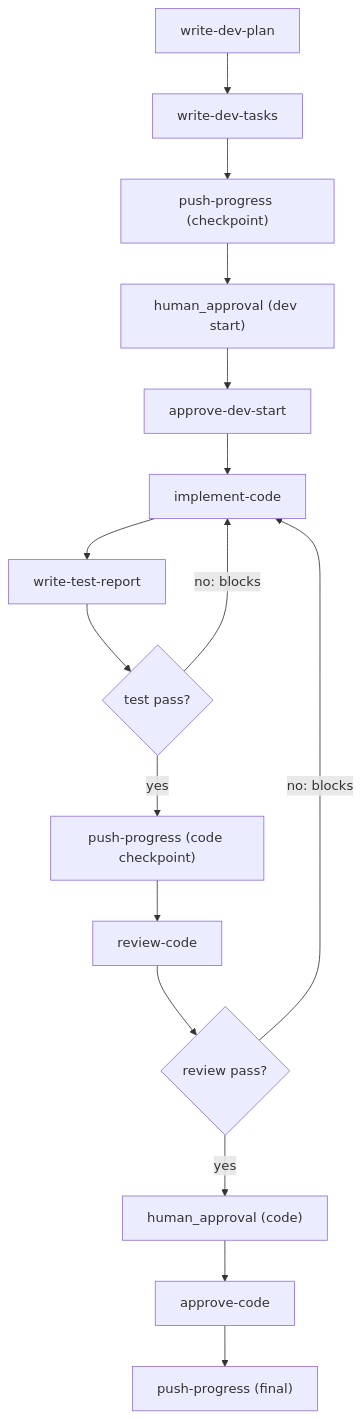
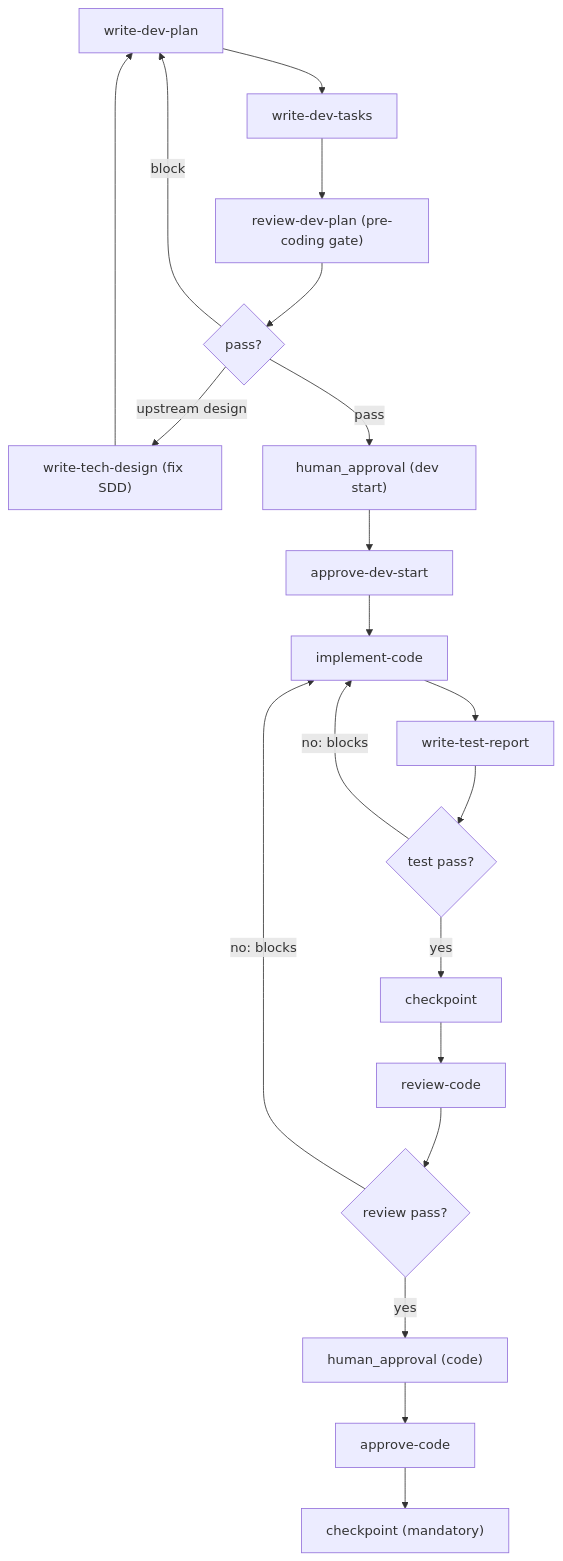
Before and after one commit to OldBoy405/AI-First-tools: the second of 2 diagrams in openwiki/pipelines/overview.md, drawn with Mermaid. The commit also changed other lines of this file and 11 other files, not shown here.

````diff
--- a/openwiki/pipelines/overview.md
+++ b/openwiki/pipelines/overview.md
@@ -109,18 +120,22 @@
 ```mermaid
 flowchart TD
     D1["write-dev-plan"] --> D2["write-dev-tasks"]
-    D2 --> D3["push-progress (checkpoint)"]
-    D3 --> D4["human_approval (dev start)"]
+    D2 --> D3["review-dev-plan (pre-coding gate)"]
+    D3 --> D3G{"pass?"}
+    D3G -- "block" --> D1
+    D3G -- "upstream design" --> D3U["write-tech-design (fix SDD)"]
+    D3U --> D1
+    D3G -- "pass" --> D4["human_approval (dev start)"]
     D4 --> D5["approve-dev-start"]
     D5 --> D6["implement-code"]
     D6 --> D7["write-test-report"]
     D7 --> D7G{"test pass?"}
     D7G -- "no: blocks" --> D6
-    D7G -- "yes" --> D8["push-progress (code checkpoint)"]
+    D7G -- "yes" --> D8["checkpoint"]
     D8 --> D9["review-code"]
     D9 --> D9G{"review pass?"}
     D9G -- "no: blocks" --> D6
     D9G -- "yes" --> D10["human_approval (code)"]
     D10 --> D11["approve-code"]
-    D11 --> D12["push-progress (final)"]
+    D11 --> D12["checkpoint (mandatory)"]
 ```
````
